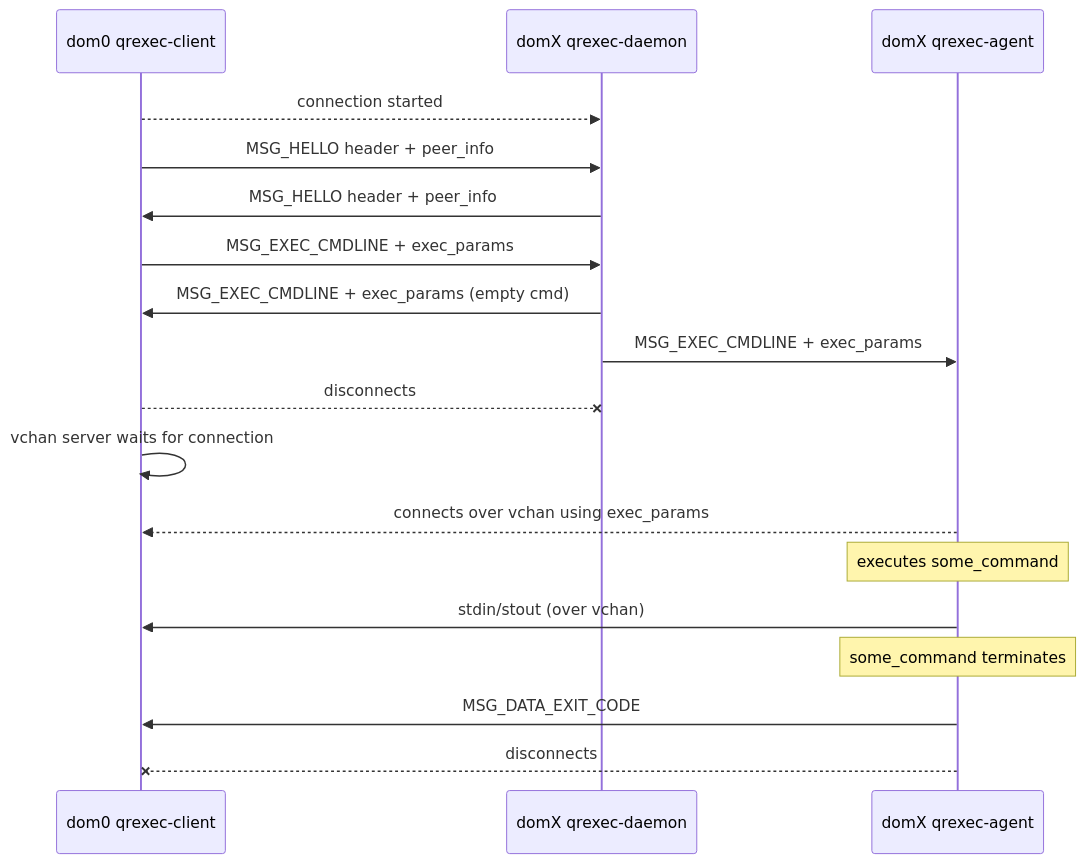
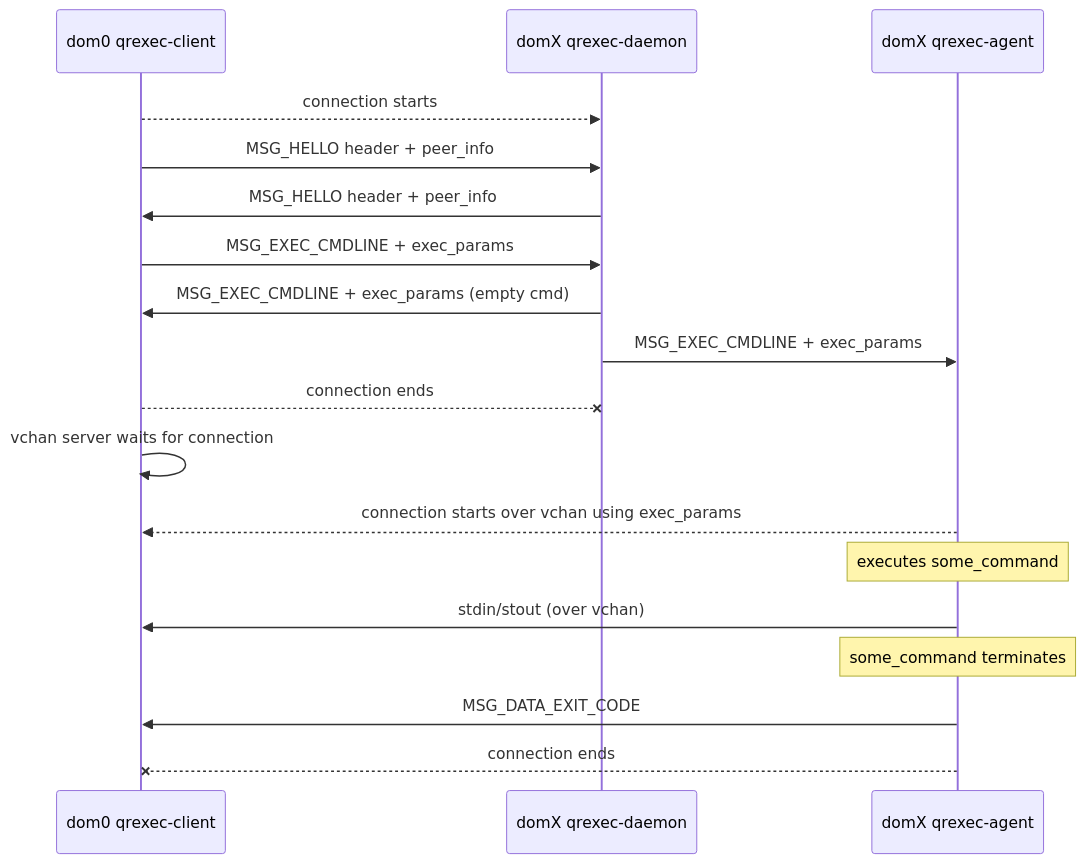
The diagram in wiki/qrexec3/qrexec-internals-dom0.mmd (QubesOS/qubes-attachment), drawn with Mermaid before and after one commit. The commit also changed 1 other file, not shown here.

Commit message:
Fix RPC internals diagrams

```diff
--- a/wiki/qrexec3/qrexec-internals-dom0.mmd
+++ b/wiki/qrexec3/qrexec-internals-dom0.mmd
@@ -1,21 +1,21 @@
 sequenceDiagram
 participant 0c as dom0 qrexec-client
 participant xd as domX qrexec-daemon
 participant xa as domX qrexec-agent
 # qrexec-client -d domX user:some_command
-0c -->> xd: connection started
+0c -->> xd: connection starts
 0c ->> xd: MSG_HELLO header + peer_info
 xd ->> 0c: MSG_HELLO header + peer_info
 # allocate and fill vchan port
 0c ->> xd: MSG_EXEC_CMDLINE + exec_params
 xd ->> 0c: MSG_EXEC_CMDLINE + exec_params (empty cmd)
 xd ->> xa: MSG_EXEC_CMDLINE + exec_params
-0c --x xd: disconnects
+0c --x xd: connection ends
 # Note over 0c: starts a vchan server
 0c ->> 0c: vchan server waits for connection
-xa -->> 0c: connects over vchan using exec_params
+xa -->> 0c: connection starts over vchan using exec_params
 Note over xa: executes some_command
 xa ->> 0c: stdin/stout (over vchan)
 Note over xa: some_command terminates
 xa ->> 0c: MSG_DATA_EXIT_CODE
-xa --x 0c: disconnects
+xa --x 0c: connection ends
```
